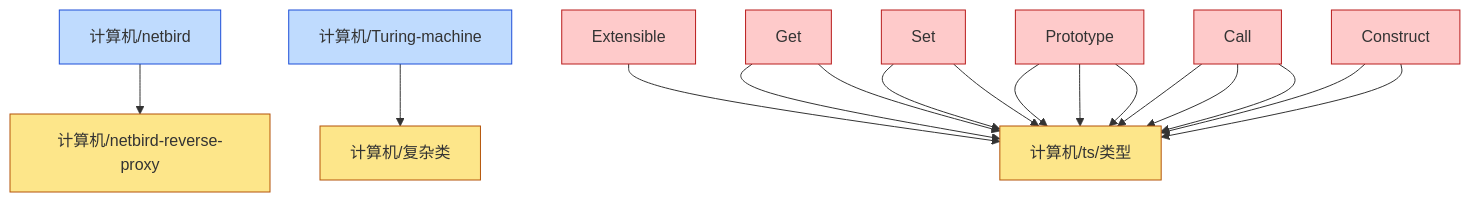
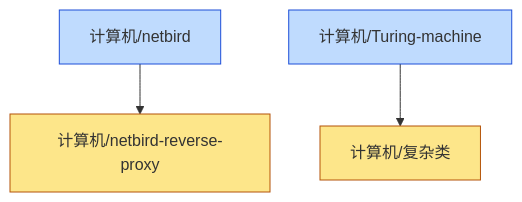
The diagram in content/计算机/dependency_graph.md (zeroDtree/zeroDtree.github.io), drawn with Mermaid before and after one commit. The commit also changed 22 other files, not shown here.

````diff
--- a/content/计算机/dependency_graph.md
+++ b/content/计算机/dependency_graph.md
@@ -1,24 +1,9 @@
 ```mermaid
 graph TD
 1["计算机/netbird"] --> 0["计算机/netbird-reverse-proxy"]
 3["计算机/Turing-machine"] --> 2["计算机/复杂类"]
-7["Prototype"] --> 6["计算机/ts/类型"]
-8["Extensible"] --> 6["计算机/ts/类型"]
-9["Get"] --> 6["计算机/ts/类型"]
-10["Set"] --> 6["计算机/ts/类型"]
-9["Get"] --> 6["计算机/ts/类型"]
-10["Set"] --> 6["计算机/ts/类型"]
-11["Call"] --> 6["计算机/ts/类型"]
-12["Construct"] --> 6["计算机/ts/类型"]
-7["Prototype"] --> 6["计算机/ts/类型"]
-11["Call"] --> 6["计算机/ts/类型"]
-11["Call"] --> 6["计算机/ts/类型"]
-12["Construct"] --> 6["计算机/ts/类型"]
-7["Prototype"] --> 6["计算机/ts/类型"]
 classDef leaf fill:#fde68a,stroke:#b45309
-class 0,2,6 leaf
+class 0,2 leaf
 classDef root fill:#bfdbfe,stroke:#1d4ed8
-class 1,3,4,5,13 root
-classDef externalRoot fill:#fecaca,stroke:#b91c1c
-class 7,8,9,10,11,12 externalRoot
+class 1,3 root
 ```
````
